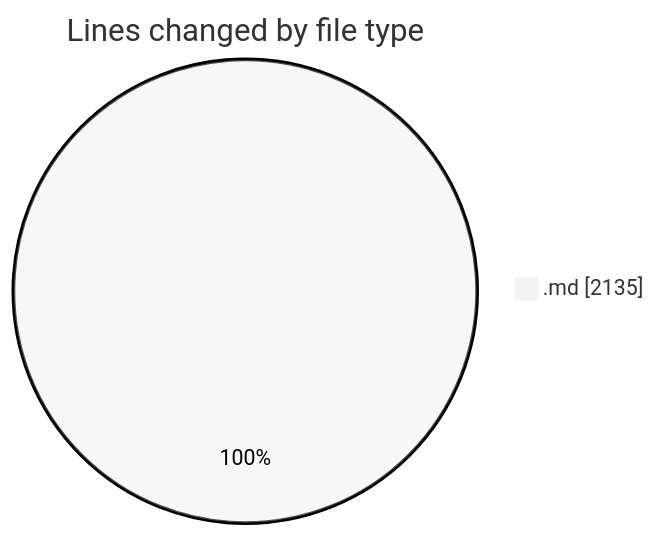
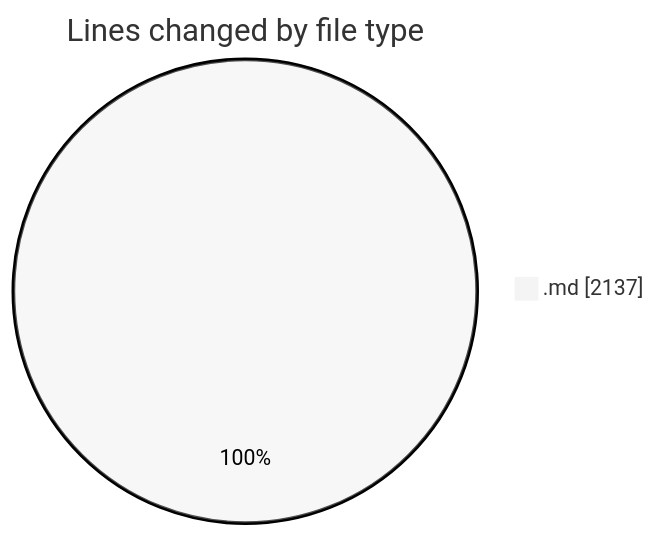
One commit to Ritupan-Deka/code-tracking changed the first of 2 diagrams in 2025-07-07/urlwebwala_intership_work/README.md. Above: the diagram before and after it, drawn with Mermaid (neutral theme). The commit also changed other lines of this file and 1 other file, not shown here.

````diff
--- a/2025-07-07/urlwebwala_intership_work/README.md
+++ b/2025-07-07/urlwebwala_intership_work/README.md
@@ -22,5 +22,5 @@
 ```mermaid
 pie showData
 title Lines changed by file type
-".md" : 2135
+".md" : 2137
 ```
````
